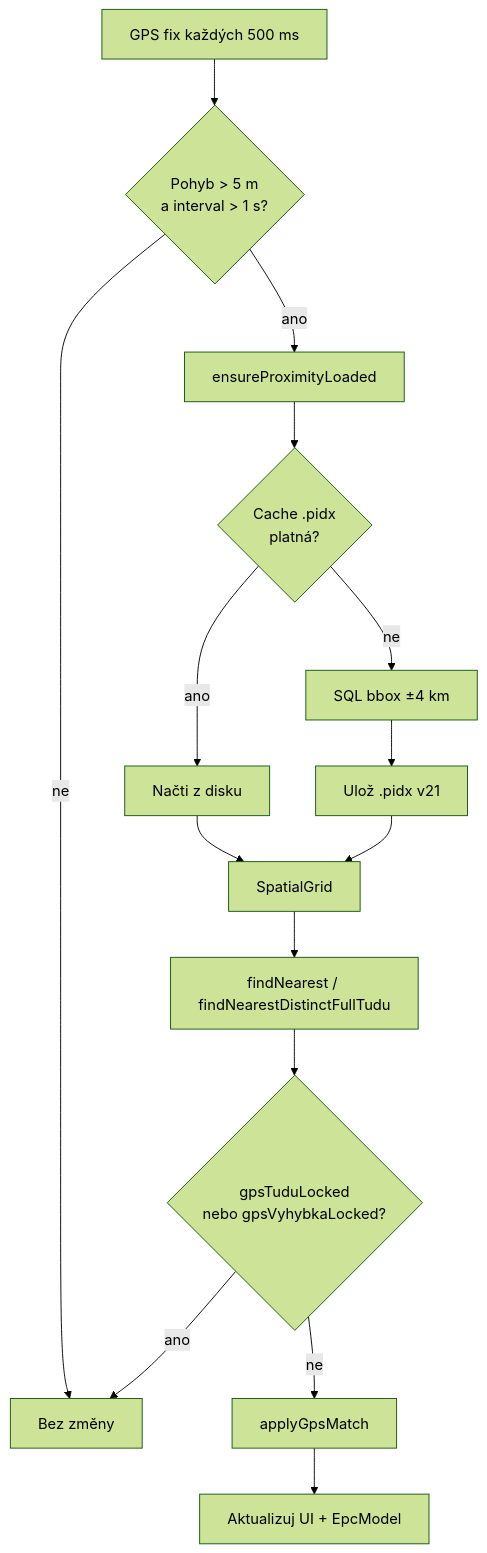
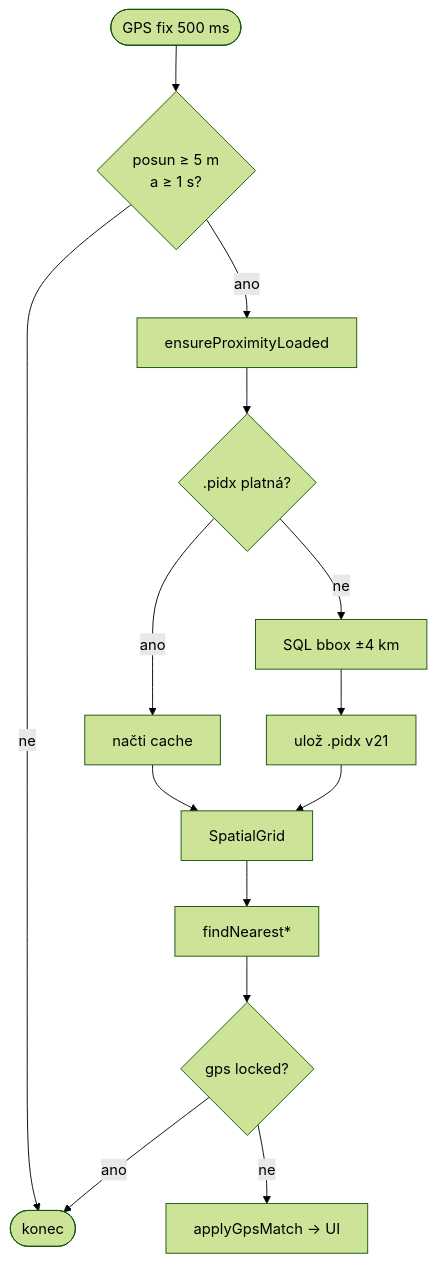
One commit to tofiapp/rfid_go_gps changed the seventh of 8 diagrams in docs/prirucka-vyvojare.md. Above: the diagram before and after it, drawn with Mermaid (forest theme). The commit also changed other lines of this file and 3 other files, not shown here.

````diff
--- a/docs/prirucka-vyvojare.md
+++ b/docs/prirucka-vyvojare.md
@@ -113,17 +284,16 @@
 ```mermaid
 flowchart TD
-    A[GPS fix každých 500 ms] --> B{Pohyb &gt; 5 m<br/>a interval &gt; 1 s?}
-    B -- ne --> Z[Bez změny]
-    B -- ano --> C[ensureProximityLoaded]
-    C --> D{Cache .pidx<br/>platná?}
-    D -- ano --> E[Načti z disku]
-    D -- ne --> F[SQL bbox ±4 km]
-    F --> G[Ulož .pidx v21]
-    E --> H[SpatialGrid]
-    G --> H
-    H --> I[findNearest / findNearestDistinctFullTudu]
-    I --> J{gpsTuduLocked<br/>nebo gpsVyhybkaLocked?}
-    J -- ano --> Z
-    J -- ne --> K[applyGpsMatch]
-    K --> L[Aktualizuj UI + EpcModel]
+    START([GPS fix 500 ms]) --> TH{posun ≥ 5 m<br/>a ≥ 1 s?}
+    TH -- ne --> END([konec])
+    TH -- ano --> PROX[ensureProximityLoaded]
+    PROX --> CACHE{.pidx platná?}
+    CACHE -- ano --> LOAD[načti cache]
+    CACHE -- ne --> SQL[SQL bbox ±4 km]
+    SQL --> SAVE[ulož .pidx v21]
+    LOAD --> GRID[SpatialGrid]
+    SAVE --> GRID
+    GRID --> NEAR[findNearest*]
+    NEAR --> LOCK{gps locked?}
+    LOCK -- ano --> END
+    LOCK -- ne --> APPLY[applyGpsMatch → UI]
 ```
````
